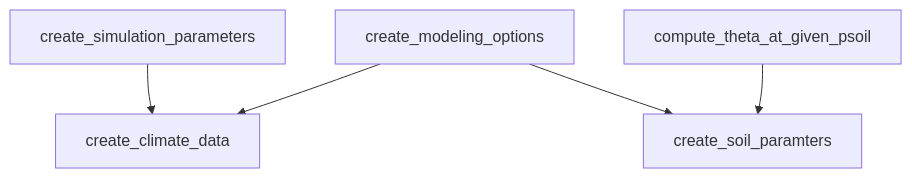
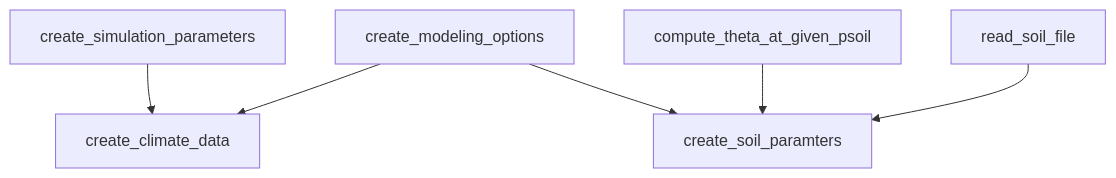
One commit to ecamo19/sureau_ecos_py changed the diagram in README.md. Above: the diagram before and after it, drawn with Mermaid. The commit also changed 34 other files, not shown here.

````diff
--- a/README.md
+++ b/README.md
@@ -16,23 +16,23 @@
 ``` mermaid
     %%{init:{'themeVariables': {'primaryBorderColor': '#00758f'}}}%%
     flowchart TD;
 
         create_simulation_parameters-->create_climate_data;
         create_modeling_options-->create_climate_data;
 
-
         create_modeling_options-->create_soil_paramters;
         compute_theta_at_given_psoil-->create_soil_paramters;
+        read_soil_file-->create_soil_paramters;
 
-        %% Blue color boxes ------------------------------------------------------------------
+        %% Blue color boxes -----------------------------------------------------
 
         %%style create_climate_data fill:#00758f
         %%style create_modeling_options fill:#00758f
         %%style create_simulation_parameters fill:#00758f, lineColor:#00758f
         %%style create_soil_paramters fill:#00758f
 
 
-        %% Red color boxes --------------------------------------------------------------------
+        %% Red color boxes ------------------------------------------------------
         %%style compute_theta_at_given_psoil fill:#880808
 
 ```
````
